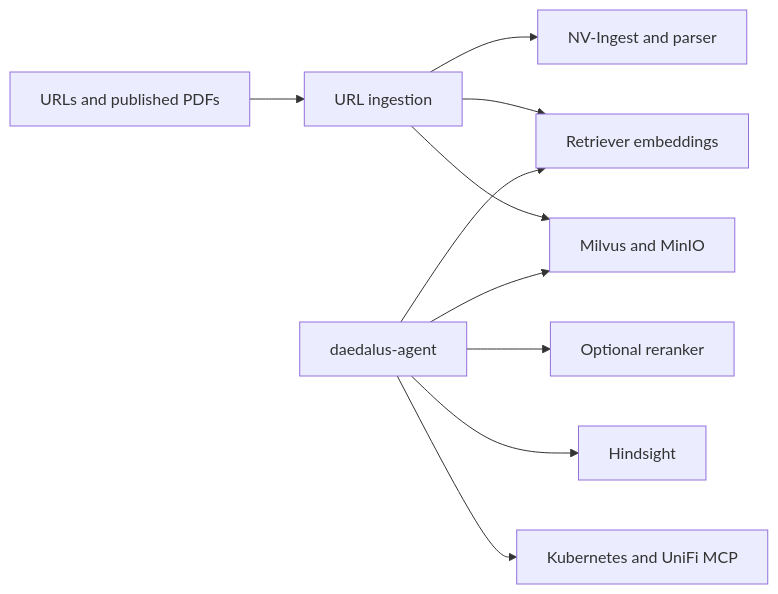
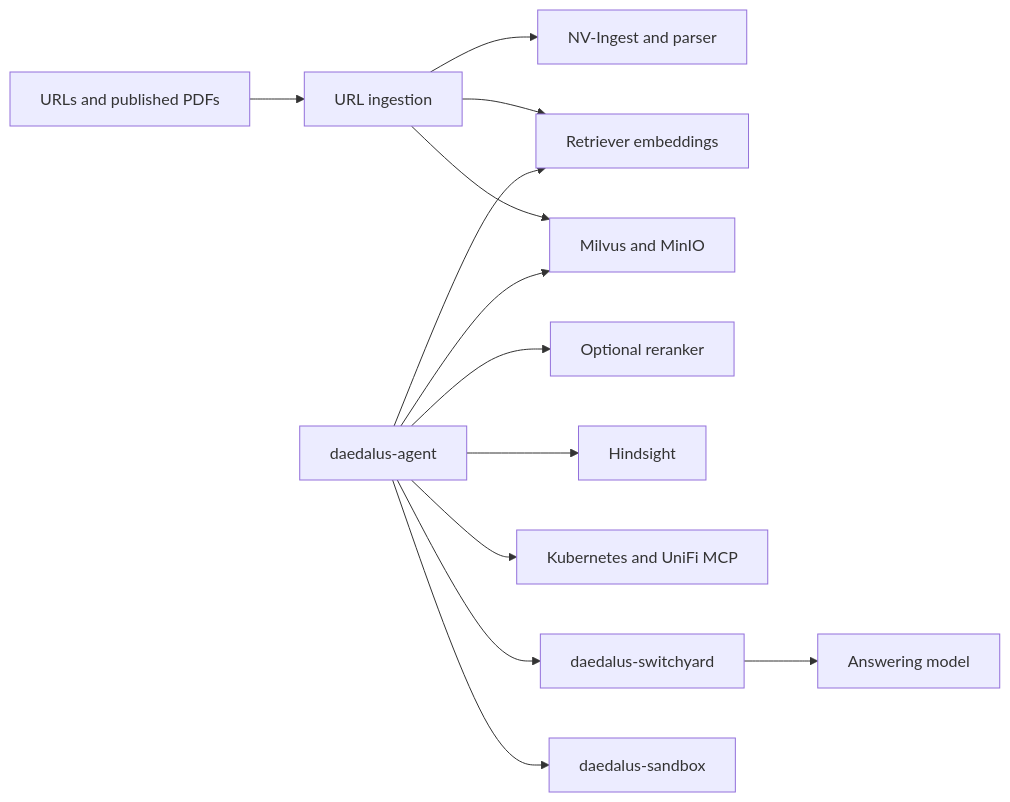
The diagram in README.md (tuttlebr/daedalus-context), drawn with Mermaid before and after one commit. The commit also changed other lines of this file and 8 other files, not shown here.

````diff
--- a/README.md
+++ b/README.md
@@ -80,12 +80,15 @@
 ```mermaid
 flowchart LR
     Sources[URLs and published PDFs] --> Refresh[URL ingestion]
     Refresh --> Extract[NV-Ingest and parser]
     Refresh --> Embed[Retriever embeddings]
     Refresh --> Store[Milvus and MinIO]
     Agent[daedalus-agent] --> Store
     Agent --> Embed
     Agent --> Rank[Optional reranker]
     Agent --> Memory[Hindsight]
     Agent --> Tools[Kubernetes and UniFi MCP]
+    Agent --> Gateway[daedalus-switchyard]
+    Gateway --> Model[Answering model]
+    Agent --> Sandbox[daedalus-sandbox]
 ```
````
